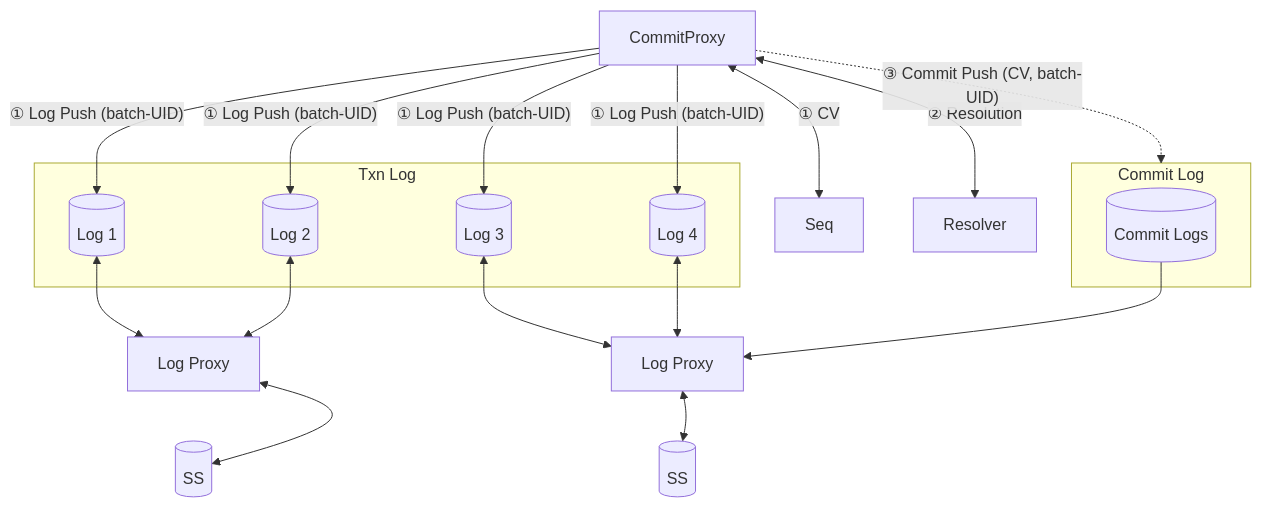
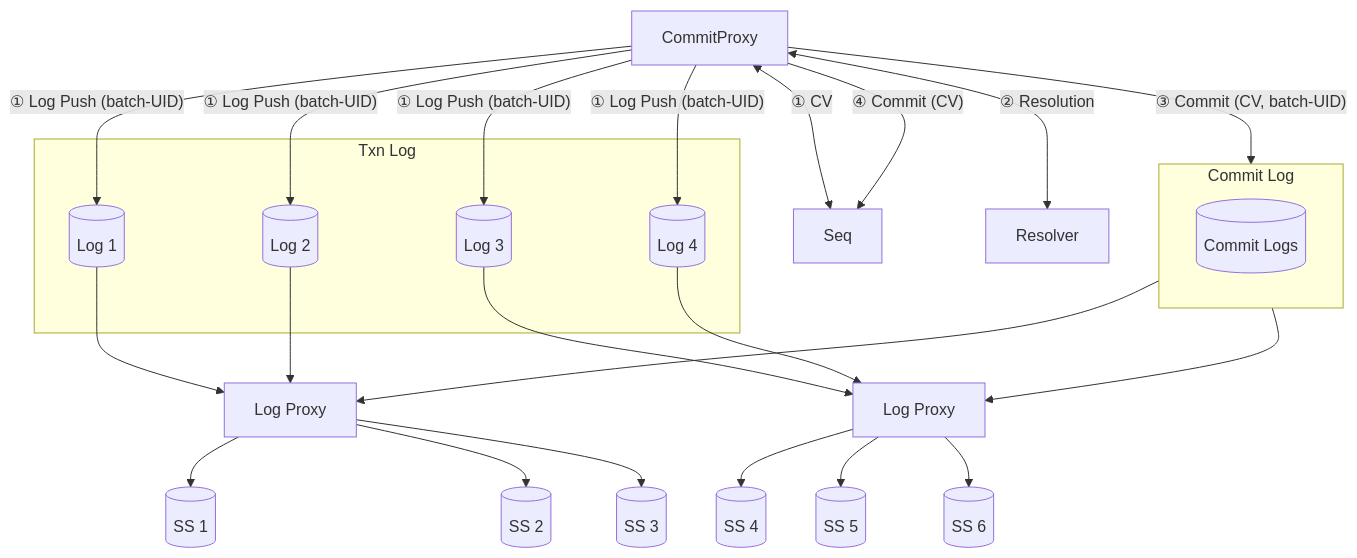
One commit to jzhou77/foundationdb changed the diagram in design/new-arch.mmd. Above: the diagram before and after it, drawn with Mermaid. The commit also changed 2 other files, not shown here.

```diff
--- a/design/new-arch.mmd
+++ b/design/new-arch.mmd
@@ -1,50 +1,60 @@
 graph TD
     CP[CommitProxy]
     Seq[Seq]
     Resolver[Resolver]
 
     subgraph TxnLog [Txn Log]
         L1[(Log 1)]
         L2[(Log 2)]
         L3[(Log 3)]
         L4[(Log 4)]
     end
 
     subgraph CommitLogBox [Commit Log]
         CL[(Commit Logs)]
     end
 
     LP1[Log Proxy]
     LP2[Log Proxy]
 
-    SS1[(SS)]
-    SS2[(SS)]
+    SS1[(SS 1)]
+    SS2[(SS 2)]
+    SS3[(SS 3)]
+    SS4[(SS 4)]
+    SS5[(SS 5)]
+    SS6[(SS 6)]
 
     %% Control Plane Interactions
     CP <--> |"① CV"| Seq
     CP <--> |"② Resolution"| Resolver
     
     %% Push Operations
     CP --> |"① Log Push (batch-UID)"| L1
     CP --> |"① Log Push (batch-UID)"| L2
     CP --> |"① Log Push (batch-UID)"| L3
     CP --> |"① Log Push (batch-UID)"| L4
 
-    CP -.-> |"③ Commit Push (CV, batch-UID)"| CommitLogBox
+    CP --> |"③ Commit (CV, batch-UID)"| CommitLogBox
+    CP --> |"④ Commit (CV)"| Seq
 
     %% Log to Proxy Flow
-    L1 <--> LP1
-    L2 <--> LP1
-    L3 <--> LP2
-    L4 <--> LP2
+    L1 --> LP1
+    L2 --> LP1
+    L3 --> LP2
+    L4 --> LP2
 
     %% Secondary Inputs
-    CL --> LP2
-    SS1 <--> LP1
-    SS2 <--> LP2
+    CommitLogBox --> LP1
+    CommitLogBox --> LP2
+    LP1 --> SS1
+    LP1 --> SS2
+    LP1 --> SS3
+    LP2 --> SS4
+    LP2 --> SS5
+    LP2 --> SS6
 
-    LP1 ~~~ SS1
-    LP2 ~~~ SS2
+    %% LP1 ~~~ SS3
+    %% LP2 ~~~ SS2
 
     %% style CP fill:#f9f,stroke:#333,stroke-width:2px
     %% style TxnLog fill:#f0f0f0,stroke-dasharray: 5 5
```
